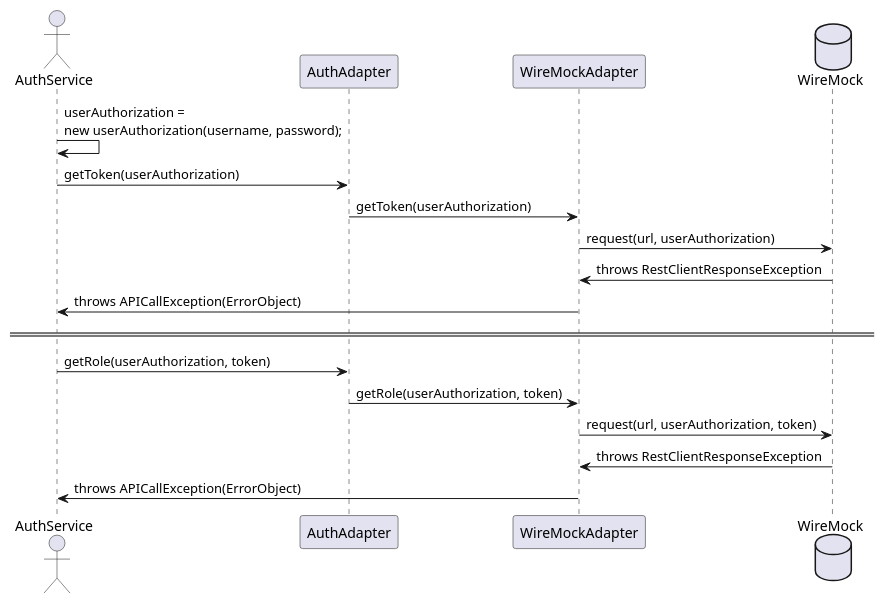
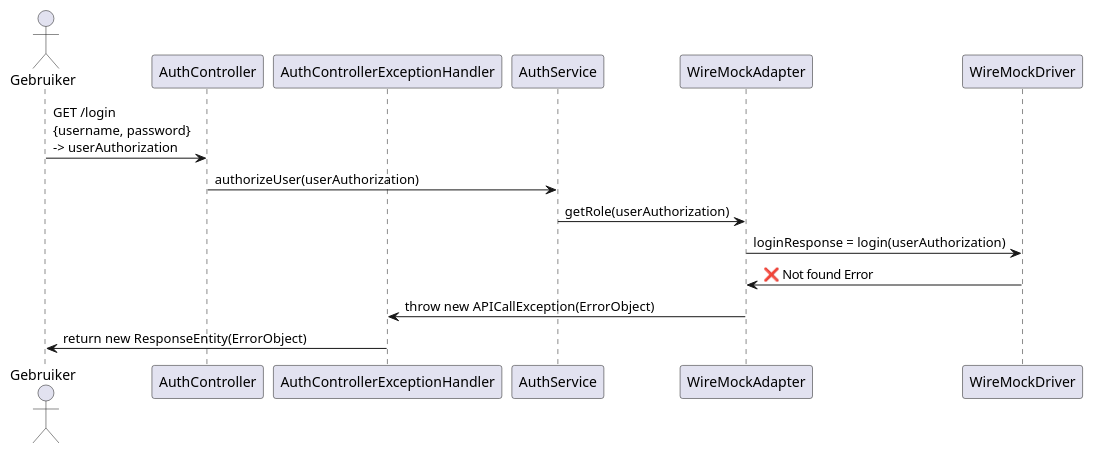
The diagram in week2/les3/pressure-cooker/4-sequence-fault-tolerance-adapter-error.puml (AIM-ENE-feb25/triptop-groep-b5), drawn with PlantUML before and after one commit. The commit also changed 5 other files, not shown here.

```diff
--- a/week2/les3/pressure-cooker/4-sequence-fault-tolerance-adapter-error.puml
+++ b/week2/les3/pressure-cooker/4-sequence-fault-tolerance-adapter-error.puml
@@ -1,25 +1,18 @@
 @startuml
-actor AuthService
+actor Gebruiker
 
-participant AuthAdapter
+participant AuthController
+participant AuthControllerExceptionHandler
+participant AuthService
 participant WireMockAdapter
-'participant APICallException
-'participant ErrorObject
-database "WireMock"
+participant WireMockDriver
 
-AuthService -> AuthService: userAuthorization = \nnew userAuthorization(username, password);
-AuthService -> AuthAdapter: getToken(userAuthorization)
-AuthAdapter -> WireMockAdapter: getToken(userAuthorization)
-WireMockAdapter -> "WireMock": request(url, userAuthorization)
-WireMockAdapter <- "WireMock": throws RestClientResponseException
-AuthService <- WireMockAdapter: throws APICallException(ErrorObject)
-
-====
-
-AuthService -> AuthAdapter: getRole(userAuthorization, token)
-AuthAdapter -> WireMockAdapter: getRole(userAuthorization, token)
-WireMockAdapter -> "WireMock": request(url, userAuthorization, token)
-WireMockAdapter <- "WireMock": throws RestClientResponseException
-AuthService <- WireMockAdapter: throws APICallException(ErrorObject)
+Gebruiker -> AuthController: GET /login\n{username, password}\n-> userAuthorization
+AuthController -> AuthService: authorizeUser(userAuthorization)
+AuthService -> WireMockAdapter: getRole(userAuthorization)
+WireMockAdapter -> WireMockDriver: loginResponse = login(userAuthorization)
+WireMockAdapter <- WireMockDriver: ❌ Not found Error
+AuthControllerExceptionHandler <- WireMockAdapter: throw new APICallException(ErrorObject)
+Gebruiker <- AuthControllerExceptionHandler: return new ResponseEntity(ErrorObject)
 
 @enduml
```
